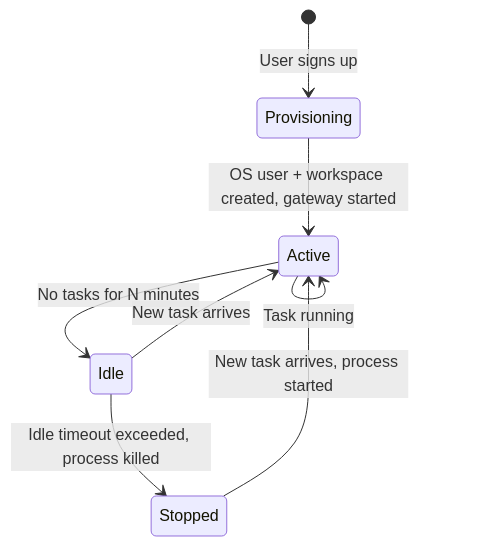
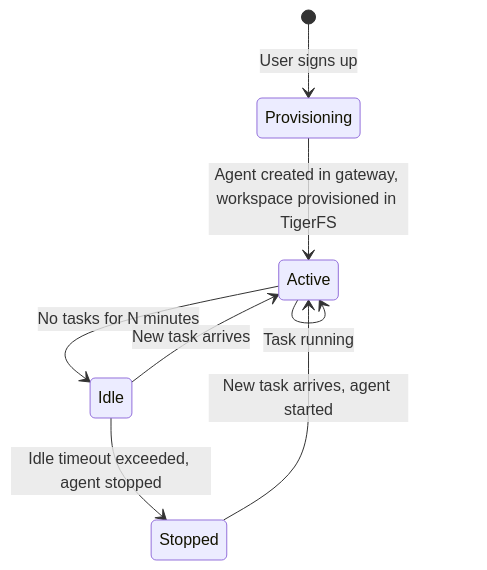
The third of 5 diagrams in brainstorm/architecture.md (1qh/claw), drawn with Mermaid before and after one commit. The commit also changed other lines of this file and 12 other files, not shown here.

Commit message:
Major architecture revision: multi-agent per gateway, fully stateless via TigerFS, 500-1000 gateways for 10K users

````diff
--- a/brainstorm/architecture.md
+++ b/brainstorm/architecture.md
@@ -94,10 +90,10 @@
 ```mermaid
 stateDiagram-v2
     [*] --> Provisioning: User signs up
-    Provisioning --> Active: OS user + workspace created, gateway started
+    Provisioning --> Active: Agent created in gateway, workspace provisioned in TigerFS
     Active --> Idle: No tasks for N minutes
-    Idle --> Stopped: Idle timeout exceeded, process killed
-    Stopped --> Active: New task arrives, process started
+    Idle --> Stopped: Idle timeout exceeded, agent stopped
+    Stopped --> Active: New task arrives, agent started
     Active --> Active: Task running
     Idle --> Active: New task arrives
 ```
````
